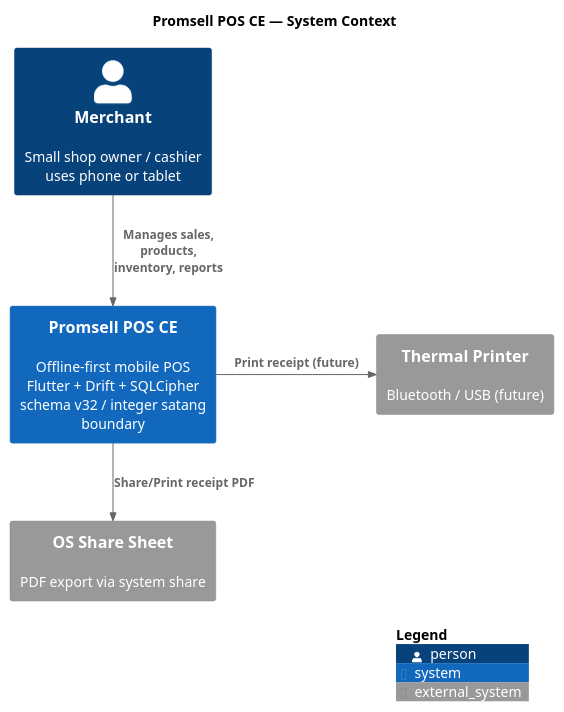
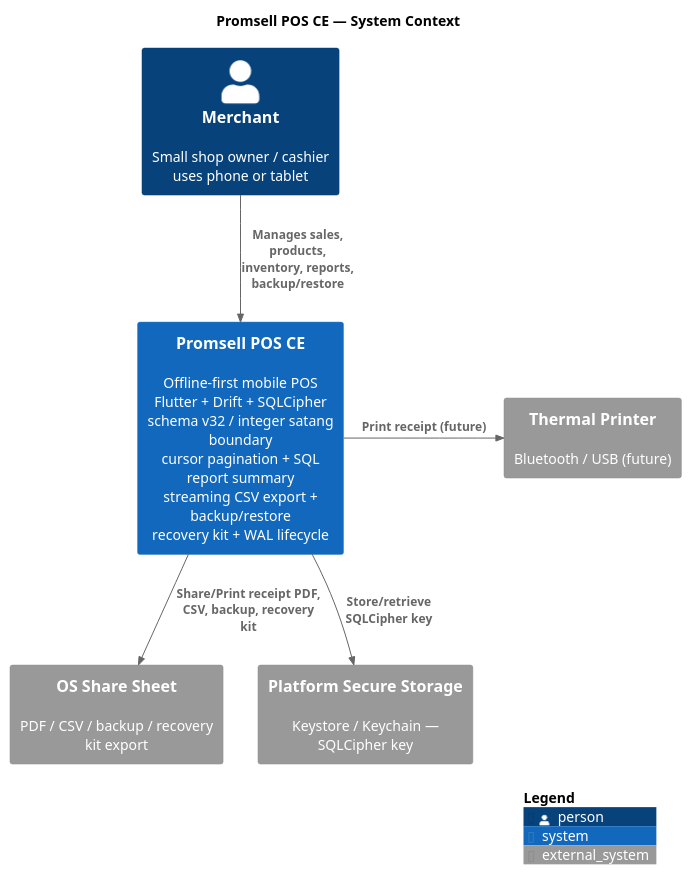
One commit to MN-Lizard-Team/promsell-pos-ce changed the diagram in docs/architecture/puml/c4-context.puml. Above: the diagram before and after it, drawn with PlantUML. The commit also changed 44 other files, not shown here.

```diff
--- a/docs/architecture/puml/c4-context.puml
+++ b/docs/architecture/puml/c4-context.puml
@@ -1,18 +1,20 @@
 @startuml C4_Context
 !include https://raw.githubusercontent.com/plantuml-stdlib/C4-PlantUML/master/C4_Context.puml
 
 title Promsell POS CE — System Context
 
 Person(merchant, "Merchant", "Small shop owner / cashier\nuses phone or tablet")
 
-System(promsell, "Promsell POS CE", "Offline-first mobile POS\nFlutter + Drift + SQLCipher\nschema v32 / integer satang boundary")
+System(promsell, "Promsell POS CE", "Offline-first mobile POS\nFlutter + Drift + SQLCipher\nschema v32 / integer satang boundary\ncursor pagination + SQL report summary\nstreaming CSV export + backup/restore\nrecovery kit + WAL lifecycle")
 
 System_Ext(printer, "Thermal Printer", "Bluetooth / USB (future)")
-System_Ext(os_share, "OS Share Sheet", "PDF export via system share")
+System_Ext(os_share, "OS Share Sheet", "PDF / CSV / backup / recovery kit export")
+System_Ext(secure_storage, "Platform Secure Storage", "Keystore / Keychain — SQLCipher key")
 
-Rel(merchant, promsell, "Manages sales, products,\ninventory, reports")
-Rel(promsell, os_share, "Share/Print receipt PDF")
+Rel(merchant, promsell, "Manages sales, products,\ninventory, reports, backup/restore")
+Rel(promsell, os_share, "Share/Print receipt PDF, CSV, backup, recovery kit")
 Rel_R(promsell, printer, "Print receipt (future)")
+Rel(promsell, secure_storage, "Store/retrieve SQLCipher key")
 
 SHOW_LEGEND()
 @enduml
```
